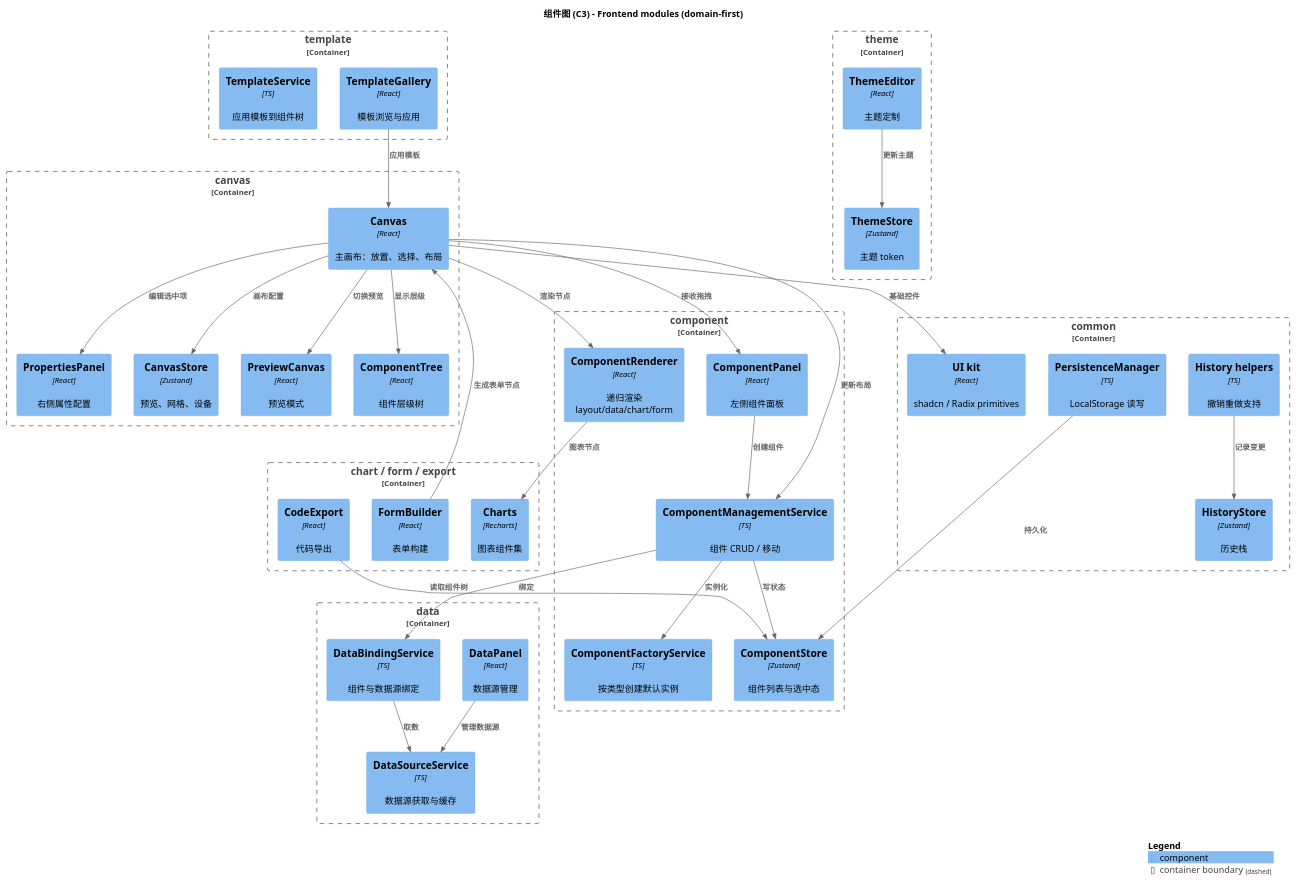
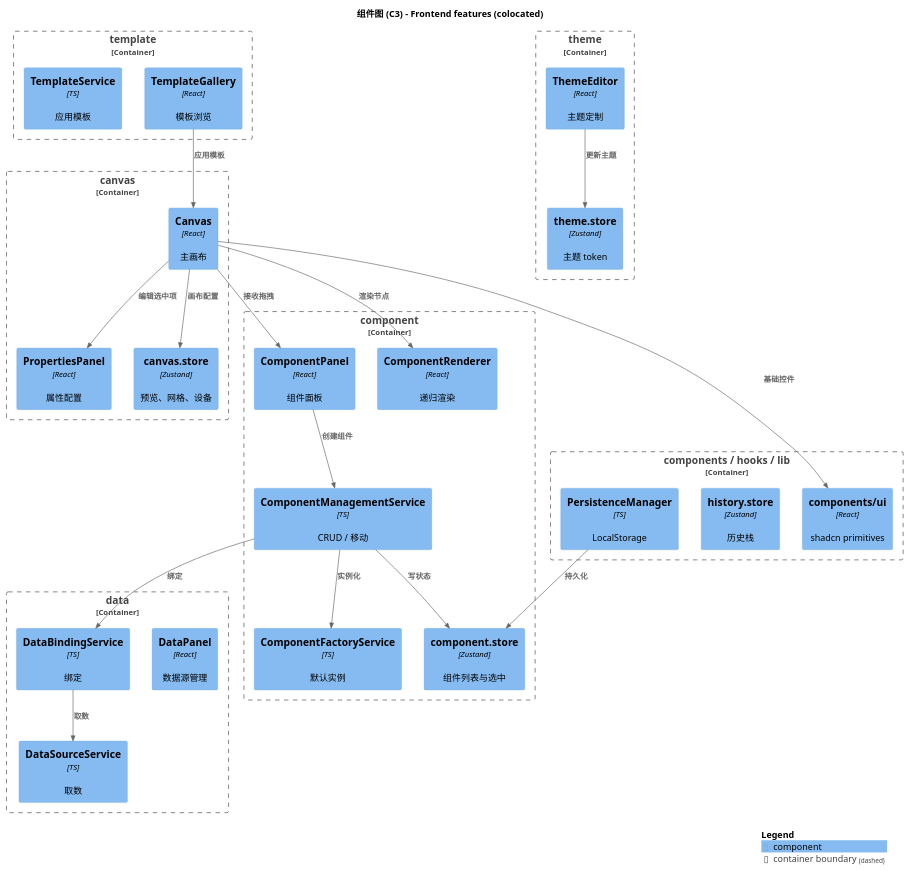
Before and after one commit to felixzhu97/low-code-platform: the diagram in docs/developer/c4-model/C3-Component-Frontend.puml, drawn with PlantUML. The commit also changed 306 other files, not shown here.

```diff
--- a/docs/developer/c4-model/C3-Component-Frontend.puml
+++ b/docs/developer/c4-model/C3-Component-Frontend.puml
@@ -1,77 +1,59 @@
 @startuml C3-Component-Frontend
 !include https://raw.githubusercontent.com/plantuml-stdlib/C4-PlantUML/master/C4_Component.puml
 
 LAYOUT_WITH_LEGEND()
 
-title 组件图 (C3) - Frontend modules (domain-first)
+title 组件图 (C3) - Frontend features (colocated)
 
 Container_Boundary(canvasB, "canvas") {
-    Component(canvas, "Canvas", "React", "主画布：放置、选择、布局")
-    Component(preview, "PreviewCanvas", "React", "预览模式")
-    Component(tree, "ComponentTree", "React", "组件层级树")
-    Component(propsPanel, "PropertiesPanel", "React", "右侧属性配置")
-    Component(canvasStore, "CanvasStore", "Zustand", "预览、网格、设备")
+    Component(canvas, "Canvas", "React", "主画布")
+    Component(propsPanel, "PropertiesPanel", "React", "属性配置")
+    Component(canvasStore, "canvas.store", "Zustand", "预览、网格、设备")
 }
 
 Container_Boundary(componentB, "component") {
-    Component(panel, "ComponentPanel", "React", "左侧组件面板")
-    Component(renderer, "ComponentRenderer", "React", "递归渲染 layout/data/chart/form")
-    Component(compMgmt, "ComponentManagementService", "TS", "组件 CRUD / 移动")
-    Component(factory, "ComponentFactoryService", "TS", "按类型创建默认实例")
-    Component(compStore, "ComponentStore", "Zustand", "组件列表与选中态")
+    Component(panel, "ComponentPanel", "React", "组件面板")
+    Component(renderer, "ComponentRenderer", "React", "递归渲染")
+    Component(compMgmt, "ComponentManagementService", "TS", "CRUD / 移动")
+    Component(factory, "ComponentFactoryService", "TS", "默认实例")
+    Component(compStore, "component.store", "Zustand", "组件列表与选中")
 }
 
 Container_Boundary(templateB, "template") {
-    Component(templates, "TemplateGallery", "React", "模板浏览与应用")
-    Component(templateSvc, "TemplateService", "TS", "应用模板到组件树")
+    Component(templates, "TemplateGallery", "React", "模板浏览")
+    Component(templateSvc, "TemplateService", "TS", "应用模板")
 }
 
 Container_Boundary(themeB, "theme") {
     Component(themeEditor, "ThemeEditor", "React", "主题定制")
-    Component(themeStore, "ThemeStore", "Zustand", "主题 token")
+    Component(themeStore, "theme.store", "Zustand", "主题 token")
 }
 
 Container_Boundary(dataB, "data") {
     Component(dataPanel, "DataPanel", "React", "数据源管理")
-    Component(dataBinding, "DataBindingService", "TS", "组件与数据源绑定")
-    Component(dataSource, "DataSourceService", "TS", "数据源获取与缓存")
+    Component(dataBinding, "DataBindingService", "TS", "绑定")
+    Component(dataSource, "DataSourceService", "TS", "取数")
 }
 
-Container_Boundary(chartFormB, "chart / form / export") {
-    Component(charts, "Charts", "Recharts", "图表组件集")
-    Component(formBuilder, "FormBuilder", "React", "表单构建")
-    Component(codeExport, "CodeExport", "React", "代码导出")
+Container_Boundary(sharedB, "components / hooks / lib") {
+    Component(uiKit, "components/ui", "React", "shadcn primitives")
+    Component(historyStore, "history.store", "Zustand", "历史栈")
+    Component(persistence, "PersistenceManager", "TS", "LocalStorage")
 }
 
-Container_Boundary(commonB, "common") {
-    Component(historyStore, "HistoryStore", "Zustand", "历史栈")
-    Component(historySvc, "History helpers", "TS", "撤销重做支持")
-    Component(persistence, "PersistenceManager", "TS", "LocalStorage 读写")
-    Component(uiKit, "UI kit", "React", "shadcn / Radix primitives")
-}
-
-Rel(canvas, tree, "显示层级")
-Rel(canvas, preview, "切换预览")
 Rel(canvas, renderer, "渲染节点")
 Rel(canvas, panel, "接收拖拽")
 Rel(canvas, propsPanel, "编辑选中项")
-Rel(renderer, charts, "图表节点")
 Rel(templates, canvas, "应用模板")
 Rel(themeEditor, themeStore, "更新主题")
-Rel(formBuilder, canvas, "生成表单节点")
-Rel(codeExport, compStore, "读取组件树")
-
 Rel(panel, compMgmt, "创建组件")
-Rel(canvas, compMgmt, "更新布局")
 Rel(compMgmt, factory, "实例化")
 Rel(compMgmt, dataBinding, "绑定")
 Rel(dataBinding, dataSource, "取数")
 Rel(compMgmt, compStore, "写状态")
 Rel(canvas, canvasStore, "画布配置")
-Rel(historySvc, historyStore, "记录变更")
 Rel(persistence, compStore, "持久化")
 Rel(canvas, uiKit, "基础控件")
-Rel(dataPanel, dataSource, "管理数据源")
 
 SHOW_LEGEND()
 @enduml
```
